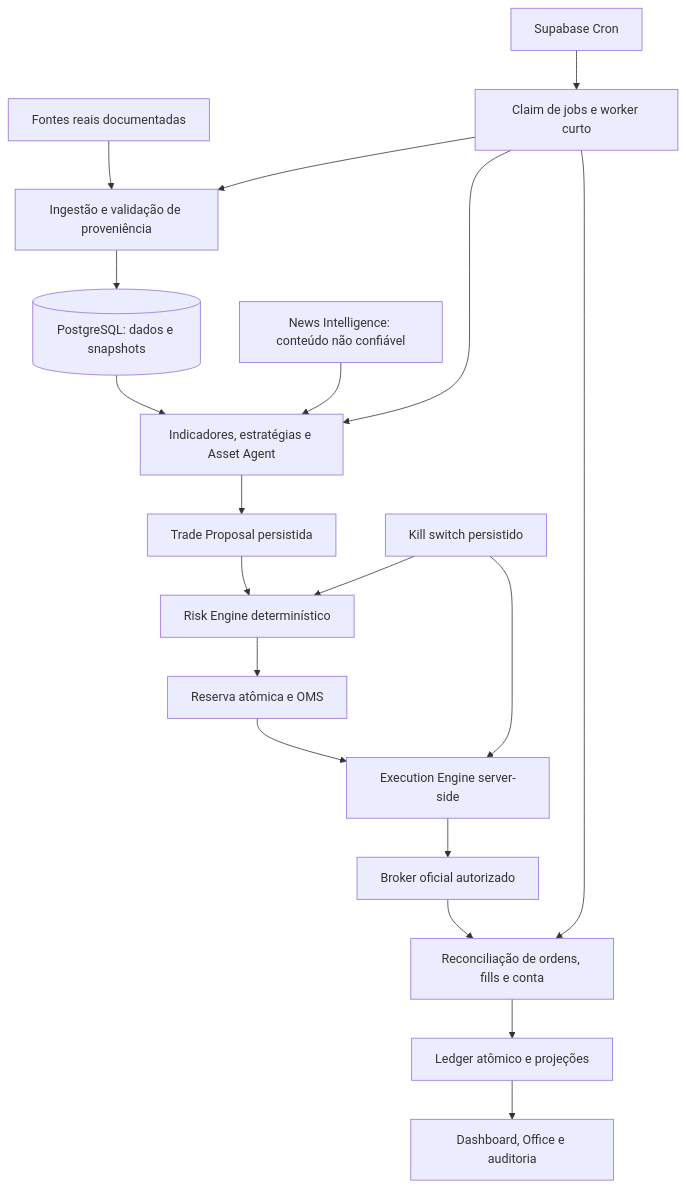
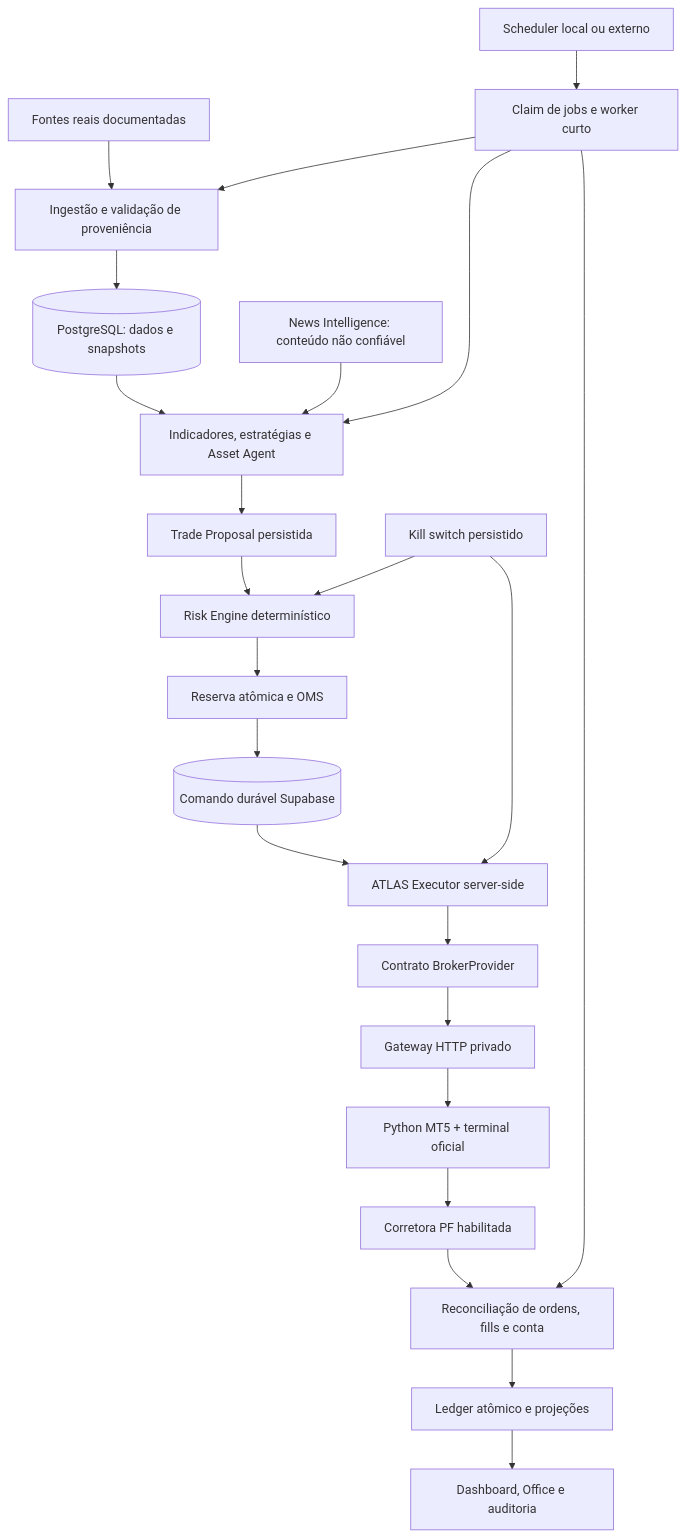
The diagram in docs/ARCHITECTURE.md (BrenoSilveiraLeal/A.T.L.A.S), drawn with Mermaid before and after one commit. The commit also changed other lines of this file and 32 other files, not shown here.

First line of the commit message:
Add tests for executor functionality and server-to-server boundary checks

````diff
--- a/docs/ARCHITECTURE.md
+++ b/docs/ARCHITECTURE.md
@@ -30,21 +30,25 @@
 ```mermaid
 flowchart TD
   P[Fontes reais documentadas] --> I[Ingestão e validação de proveniência]
   I --> D[(PostgreSQL: dados e snapshots)]
   D --> A[Indicadores, estratégias e Asset Agent]
   N[News Intelligence: conteúdo não confiável] --> A
   A --> T[Trade Proposal persistida]
   T --> R[Risk Engine determinístico]
   R --> Q[Reserva atômica e OMS]
-  Q --> E[Execution Engine server-side]
-  E --> B[Broker oficial autorizado]
+  Q --> EQ[(Comando durável Supabase)]
+  EQ --> E[ATLAS Executor server-side]
+  E --> BP[Contrato BrokerProvider]
+  BP --> G[Gateway HTTP privado]
+  G --> MT[Python MT5 + terminal oficial]
+  MT --> B[Corretora PF habilitada]
   B --> C[Reconciliação de ordens, fills e conta]
   C --> L[Ledger atômico e projeções]
   L --> U[Dashboard, Office e auditoria]
-  S[Supabase Cron] --> J[Claim de jobs e worker curto]
+  S[Scheduler local ou externo] --> J[Claim de jobs e worker curto]
   J --> I
   J --> A
   J --> C
   K[Kill switch persistido] --> R
   K --> E
 ```
````
